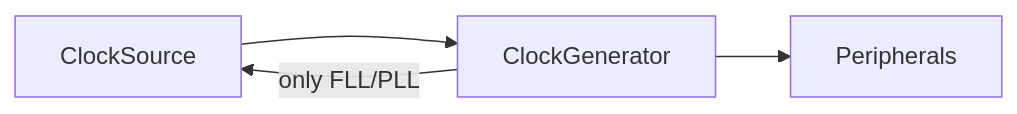
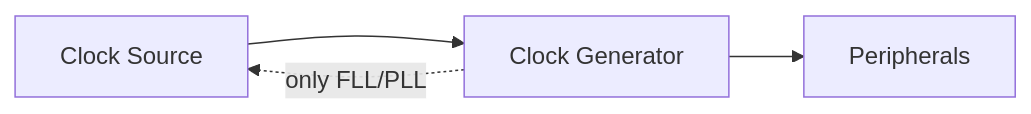
The first of 4 diagrams in README.md (dojyorin/arduino_m0_tweak), drawn with Mermaid before and after one commit. The commit also changed other lines of this file, not shown here.

````diff
--- a/README.md
+++ b/README.md
@@ -32,6 +32,6 @@
 ```mermaid
 flowchart LR
 
-ClockSource --> ClockGenerator --> Peripherals
-ClockGenerator --"only FLL/PLL"--> ClockSource
+CS["Clock Source"] --> CG["Clock Generator"] --> P["Peripherals"]
+CG -."only FLL/PLL".-> CS
 ```
````
